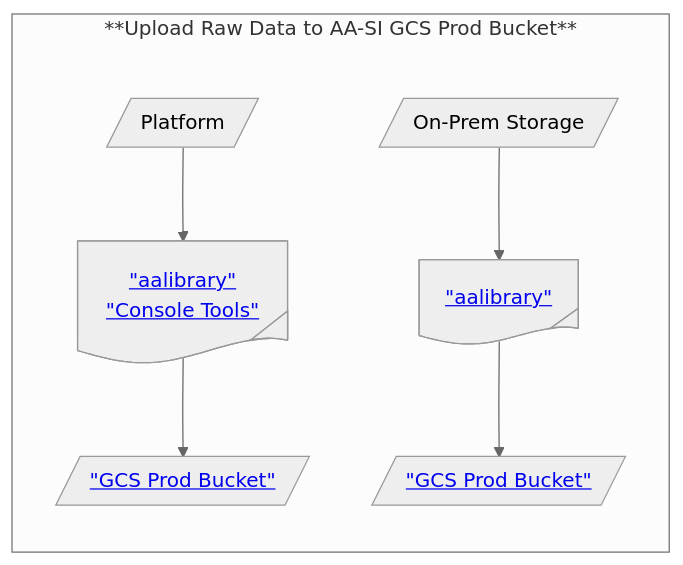
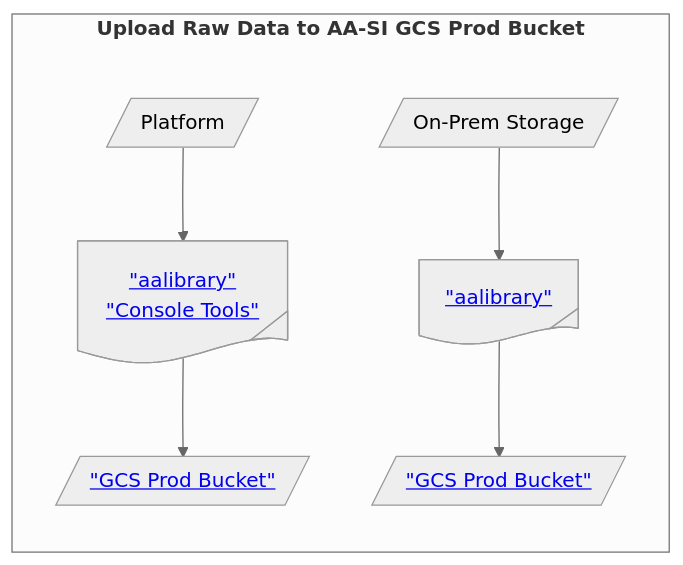
Before and after one commit to nmfs-ost/AA-SI_DataRoadMap: the first of 6 diagrams in README.md, drawn with Mermaid (neutral theme). The commit also changed other lines of this file, not shown here.

````diff
--- a/README.md
+++ b/README.md
@@ -83,15 +83,15 @@
 ```mermaid
 ---
 config:
     flowchart:
         subGraphTitleMargin:
             "bottom": 30
 ---
 flowchart TB
-    subgraph SG_L0_DataSource["**Upload Raw Data to AA-SI GCS Prod Bucket**"]
+    subgraph SG_L0_DataSource["<b>Upload Raw Data to AA-SI GCS Prod Bucket</b>"]
         direction TB
         node_L0_SrcP@{shape: lean-r, label: "Platform"} --> node_L0_AA1@{ shape: tag-doc, label: <a href="https://nmfs-ost.github.io/AA-SI_aalibrary/documentation/aalibrary" target="_blank"> "aalibrary"</a><br> <a href="https://github.com/nmfs-ost/AA-SI_ConsoleTools" target="_blank"> "Console Tools" </a> } --> node_L0_GCS1@{shape: lean-r, label: <a href="https://console.cloud.google.com/storage/browser/ggn-nmfs-aa-prod-1-data;tab=objects?hl=en&inv=1&invt=Ab4KlQ&project=ggn-nmfs-aa-prod-1&pageState=(%22StorageObjectListTable%22:(%22f%22:%22%255B%255D%22))&prefix=&forceOnObjectsSortingFiltering=false" target="_blank"> "GCS Prod Bucket" </a> }
         node_L0_SrcOP@{shape: lean-r, label: "On-Prem Storage"} --> node_L0_AA2@{ shape: tag-doc, label: <a href="https://nmfs-ost.github.io/AA-SI_aalibrary/documentation/aalibrary" target="_blank"> "aalibrary"</a> } --> node_L0_GCS2@{shape: lean-r, label: <a href="https://console.cloud.google.com/storage/browser/ggn-nmfs-aa-prod-1-data;tab=objects?hl=en&inv=1&invt=Ab4KlQ&project=ggn-nmfs-aa-prod-1&pageState=(%22StorageObjectListTable%22:(%22f%22:%22%255B%255D%22))&prefix=&forceOnObjectsSortingFiltering=false" target="_blank"> "GCS Prod Bucket" </a> }
         %%style node_SrcOMAO color:blue
     end
 ```
````
